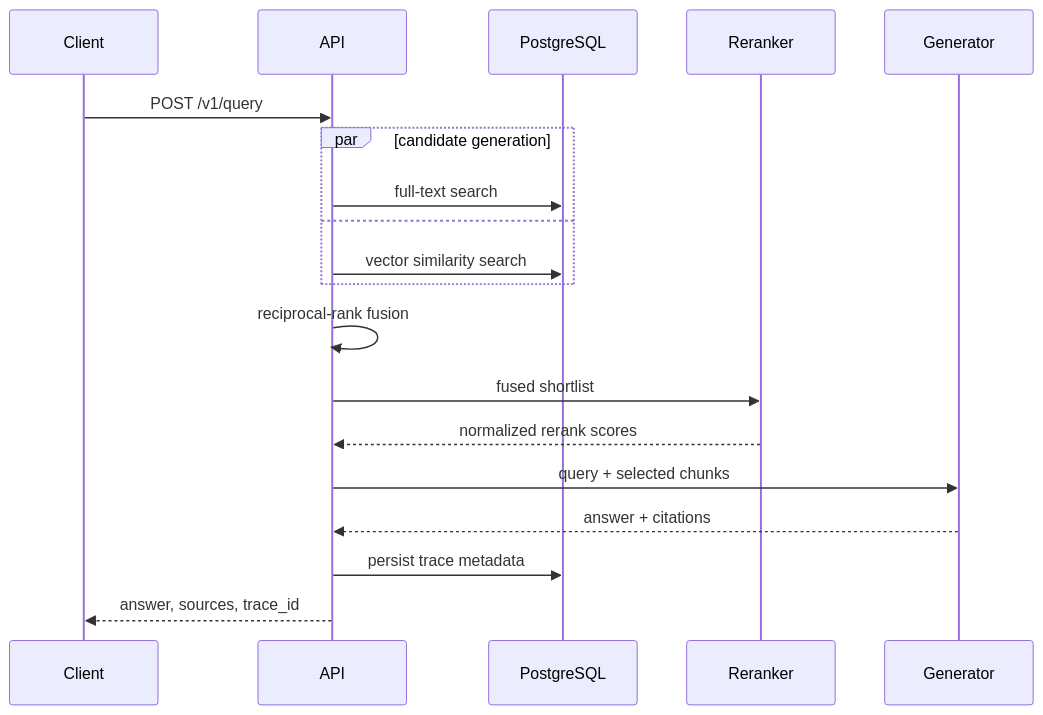
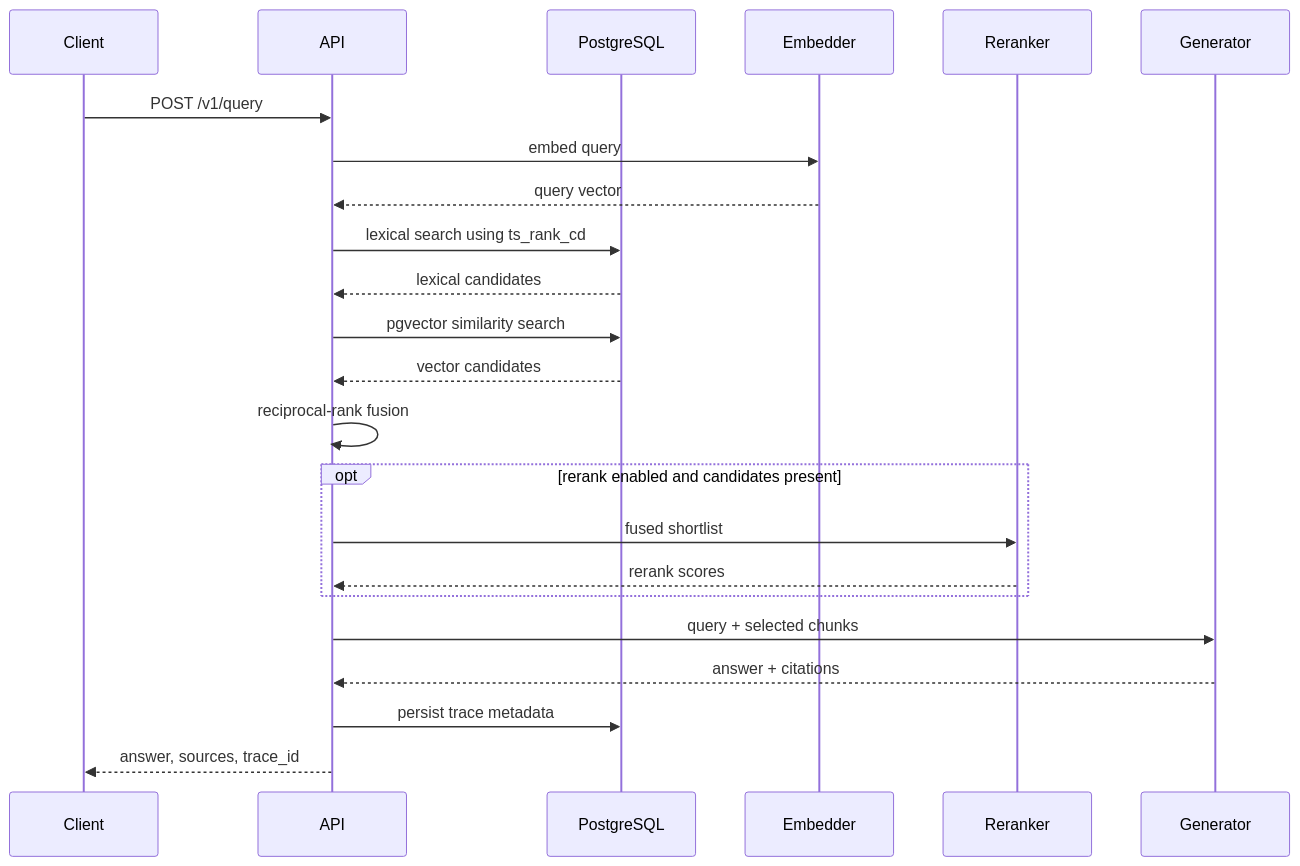
Before and after one commit to xmike04/RAG_OPS: the third of 3 diagrams in docs/architecture.md, drawn with Mermaid. The commit also changed other lines of this file and 3 other files, not shown here.

Commit message:
docs: align RAGOps architecture and measured evidence with serving code

````diff
--- a/docs/architecture.md
+++ b/docs/architecture.md
@@ -93,21 +114,25 @@
 ```mermaid
 sequenceDiagram
   participant C as Client
   participant A as API
   participant P as PostgreSQL
+  participant E as Embedder
   participant X as Reranker
   participant L as Generator
   C->>A: POST /v1/query
-  par candidate generation
-    A->>P: full-text search
-  and
-    A->>P: vector similarity search
+  A->>E: embed query
+  E-->>A: query vector
+  A->>P: lexical search using ts_rank_cd
+  P-->>A: lexical candidates
+  A->>P: pgvector similarity search
+  P-->>A: vector candidates
+  A->>A: reciprocal-rank fusion
+  opt rerank enabled and candidates present
+    A->>X: fused shortlist
+    X-->>A: rerank scores
   end
-  A->>A: reciprocal-rank fusion
-  A->>X: fused shortlist
-  X-->>A: normalized rerank scores
   A->>L: query + selected chunks
   L-->>A: answer + citations
   A->>P: persist trace metadata
   A-->>C: answer, sources, trace_id
 ```
````
